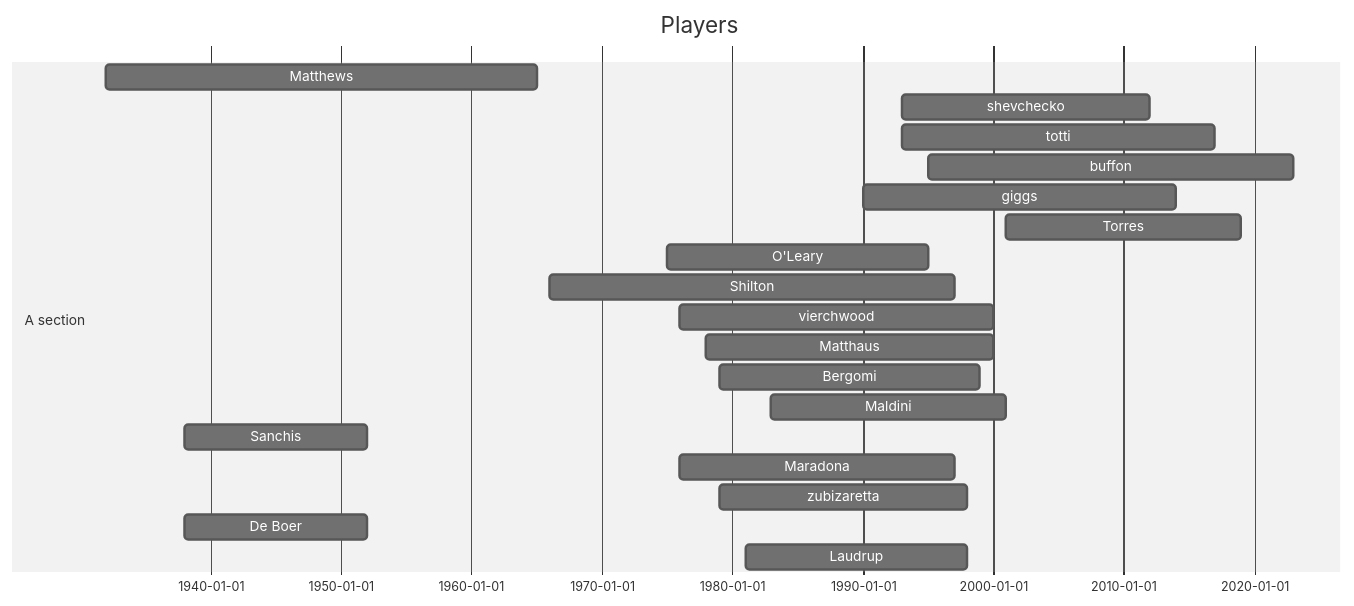
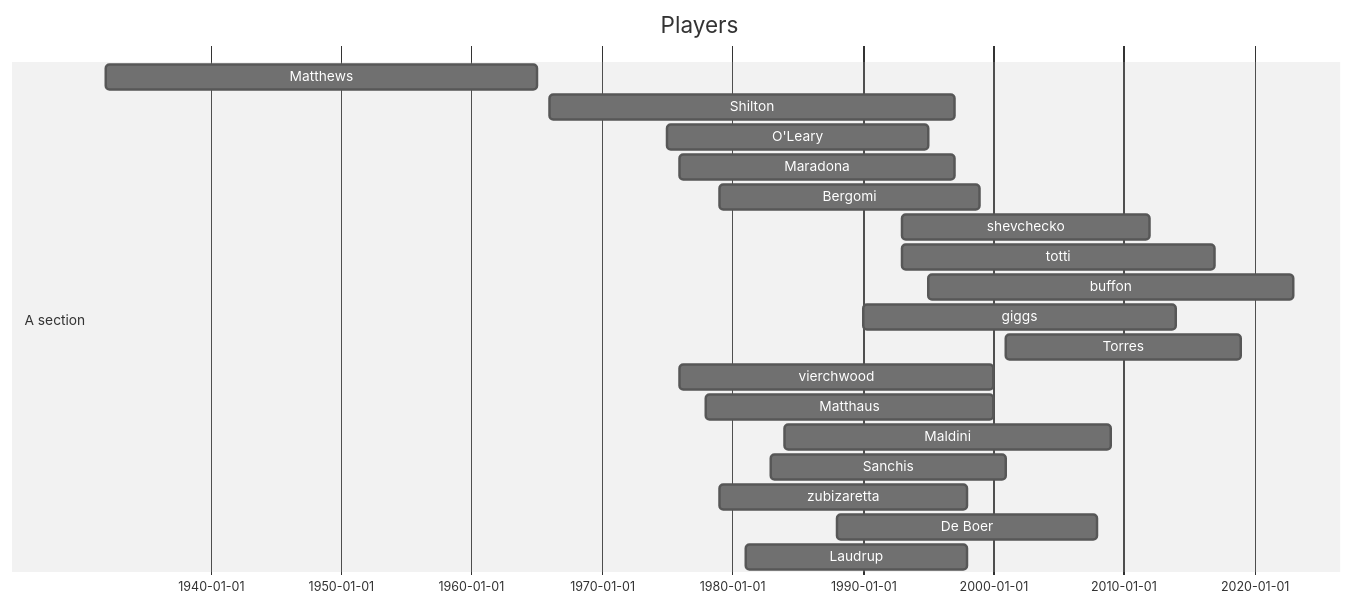
The first of 6 diagrams in README.md (sarnobat/mermaid), drawn with Mermaid (neutral theme) before and after one commit.

````diff
--- a/README.md
+++ b/README.md
@@ -7,24 +7,25 @@
 ```mermaid
 gantt
 dateFormat  YYYY
 title Players
 
 section A section
 Matthews      : 1932,1965
+Shilton    : 1966,1997
+O'Leary  : 1975,1995
+Maradona    : 1976,1997
+Bergomi :1979,1999
 shevchecko    : 1993,2012
 totti    : 1993,2017
 buffon    : 1995,2023
 giggs    : 1990,2014
 Torres    : 2001,2019
-O'Leary  : 1975,1995
-Shilton    : 1966,1997
 vierchwood    : 1976,2000
 Matthaus  : 1978,2000
-Bergomi :1979,1999
-Maldini    : 1983,2001
-Sanchis    : 1938,1952
-Maradona    : 1976,1997
+
+Maldini    : 1984,2009
+Sanchis    : 1983,2001
 zubizaretta    : 1979,1998
-De Boer    : 1938,1952
+De Boer    : 1988,2008
 Laudrup    : 1981,1998
 ```
````
